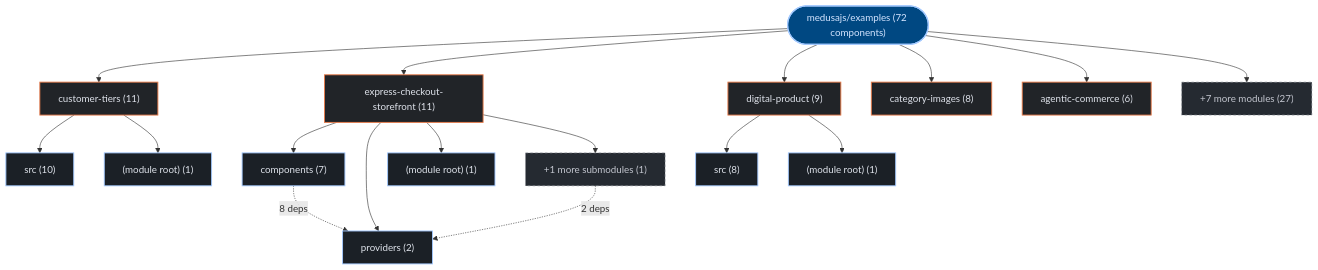
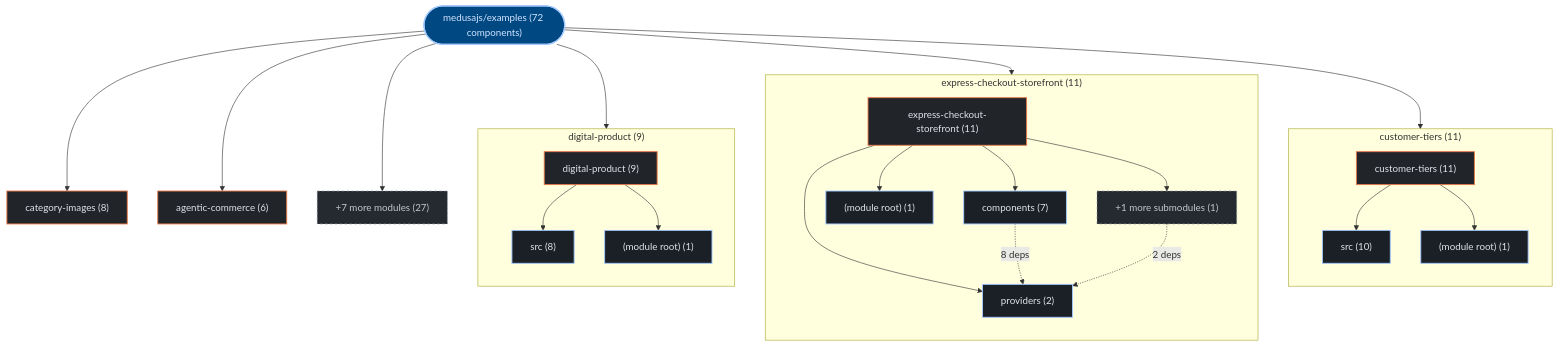
One commit to kumarshaz/atruss-code-atlas changed the first of 2 diagrams in exports/latest/reports/medusajs-examples-report.md. Above: the diagram before and after it, drawn with Mermaid. The commit also changed 178 other files, not shown here.

Commit message:
feat(ui,mermaid): upgrade to mermaid v12 + ELK layout, add orgs-summary + pagination, subgraph building blocks, fix tab alignment

````diff
--- a/exports/latest/reports/medusajs-examples-report.md
+++ b/exports/latest/reports/medusajs-examples-report.md
@@ -42,41 +42,50 @@
 ```mermaid
 graph TD;
   classDef atlasRoot fill:#004882,stroke:#a3c9ff,stroke-width:2px,color:#d3e4ff
   classDef atlasCategory fill:#212428,stroke:#E87A48,stroke-width:1.5px,color:#dfe3eb
   classDef atlasWorkflow fill:#1b2026,stroke:#a3c9ff,stroke-width:1.5px,color:#dfe3eb
   classDef atlasJob fill:#171c22,stroke:#8d9199,stroke-width:1px,color:#dfe3eb
   classDef atlasTarget fill:#005227,stroke:#8bd99b,stroke-width:1.5px,color:#a7f6b6
   classDef atlasAlert fill:#93000a,stroke:#ffb4ab,stroke-width:1.5px,color:#ffdad6
   classDef atlasMore fill:#252a31,stroke:#8d9199,stroke-dasharray:4 4,color:#c3c6cf
     repo_root(["medusajs/examples (72 components)"]):::atlasRoot
-    dir_0_customer_tiers["customer-tiers (11)"]:::atlasCategory
+    subgraph sg_dir_0_customer_tiers["customer-tiers (11)"]
+      direction TB
+      dir_0_customer_tiers["customer-tiers (11)"]:::atlasCategory
+      sub_0_0_src["src (10)"]:::atlasWorkflow
+      dir_0_customer_tiers --> sub_0_0_src
+      sub_0_1__module_root_["(module root) (1)"]:::atlasWorkflow
+      dir_0_customer_tiers --> sub_0_1__module_root_
+    end
     repo_root --> dir_0_customer_tiers
-    sub_0_0_src["src (10)"]:::atlasWorkflow
-    dir_0_customer_tiers --> sub_0_0_src
-    sub_0_1__module_root_["(module root) (1)"]:::atlasWorkflow
-    dir_0_customer_tiers --> sub_0_1__module_root_
-    dir_1_express_checkout_storefront["express-checkout-storefront (11)"]:::atlasCategory
+    subgraph sg_dir_1_express_checkout_storefront["express-checkout-storefront (11)"]
+      direction TB
+      dir_1_express_checkout_storefront["express-checkout-storefront (11)"]:::atlasCategory
+      sub_1_0_components["components (7)"]:::atlasWorkflow
+      dir_1_express_checkout_storefront --> sub_1_0_components
+      sub_1_1_providers["providers (2)"]:::atlasWorkflow
+      dir_1_express_checkout_storefront --> sub_1_1_providers
+      sub_1_2__module_root_["(module root) (1)"]:::atlasWorkflow
+      dir_1_express_checkout_storefront --> sub_1_2__module_root_
+      sub_1_more["+1 more submodules (1)"]:::atlasMore
+      dir_1_express_checkout_storefront --> sub_1_more
+    end
     repo_root --> dir_1_express_checkout_storefront
-    sub_1_0_components["components (7)"]:::atlasWorkflow
-    dir_1_express_checkout_storefront --> sub_1_0_components
-    sub_1_1_providers["providers (2)"]:::atlasWorkflow
-    dir_1_express_checkout_storefront --> sub_1_1_providers
-    sub_1_2__module_root_["(module root) (1)"]:::atlasWorkflow
-    dir_1_express_checkout_storefront --> sub_1_2__module_root_
-    sub_1_more["+1 more submodules (1)"]:::atlasMore
-    dir_1_express_checkout_storefront --> sub_1_more
-    dir_2_digital_product["digital-product (9)"]:::atlasCategory
+    subgraph sg_dir_2_digital_product["digital-product (9)"]
+      direction TB
+      dir_2_digital_product["digital-product (9)"]:::atlasCategory
+      sub_2_0_src["src (8)"]:::atlasWorkflow
+      dir_2_digital_product --> sub_2_0_src
+      sub_2_1__module_root_["(module root) (1)"]:::atlasWorkflow
+      dir_2_digital_product --> sub_2_1__module_root_
+    end
     repo_root --> dir_2_digital_product
-    sub_2_0_src["src (8)"]:::atlasWorkflow
-    dir_2_digital_product --> sub_2_0_src
-    sub_2_1__module_root_["(module root) (1)"]:::atlasWorkflow
-    dir_2_digital_product --> sub_2_1__module_root_
     dir_3_category_images["category-images (8)"]:::atlasCategory
     repo_root --> dir_3_category_images
     dir_4_agentic_commerce["agentic-commerce (6)"]:::atlasCategory
     repo_root --> dir_4_agentic_commerce
     dir_other_modules["+7 more modules (27)"]:::atlasMore
     repo_root --> dir_other_modules
     sub_1_0_components -.->|"8 deps"| sub_1_1_providers
     sub_1_more -.->|"2 deps"| sub_1_1_providers
 ```
````
